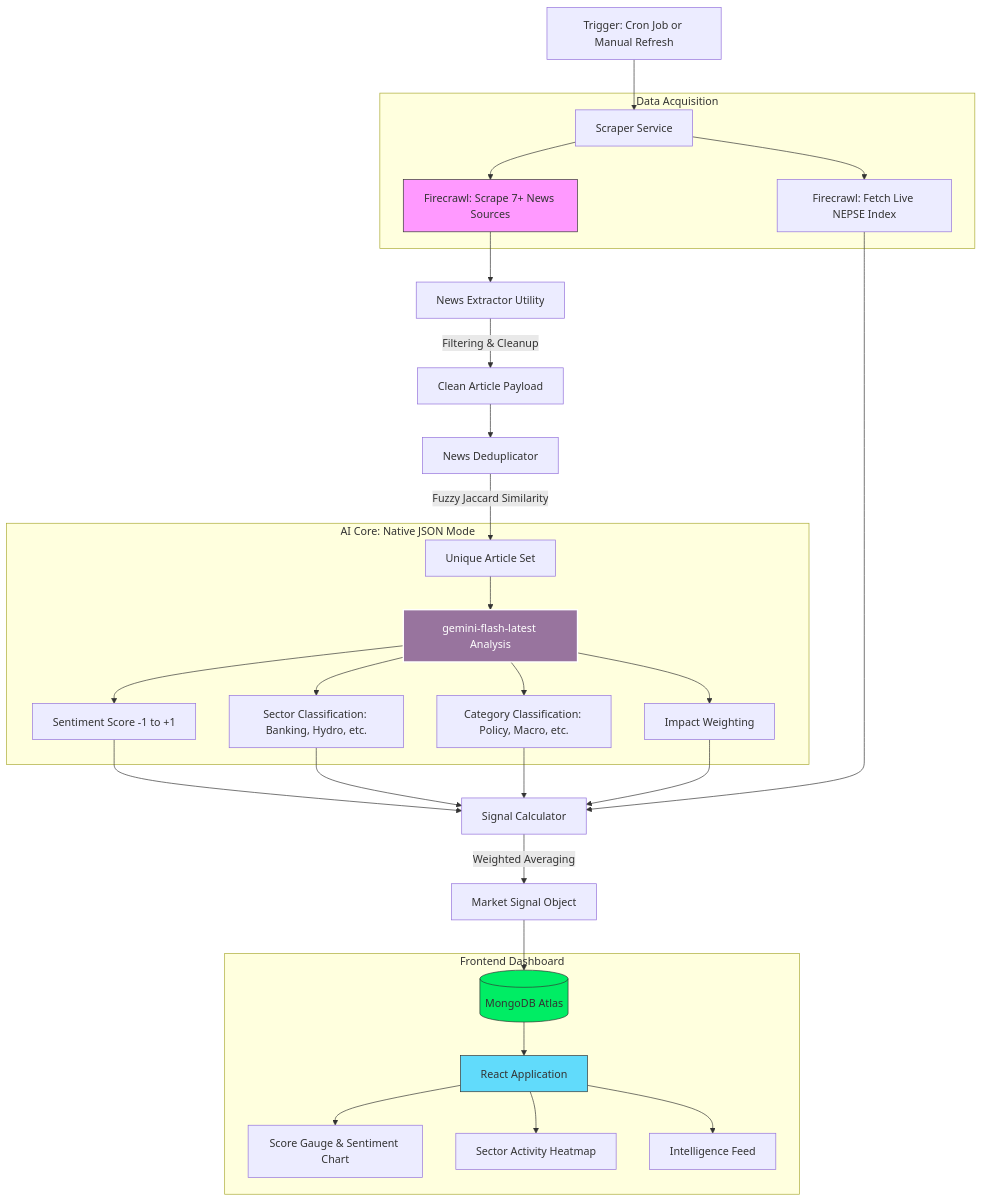
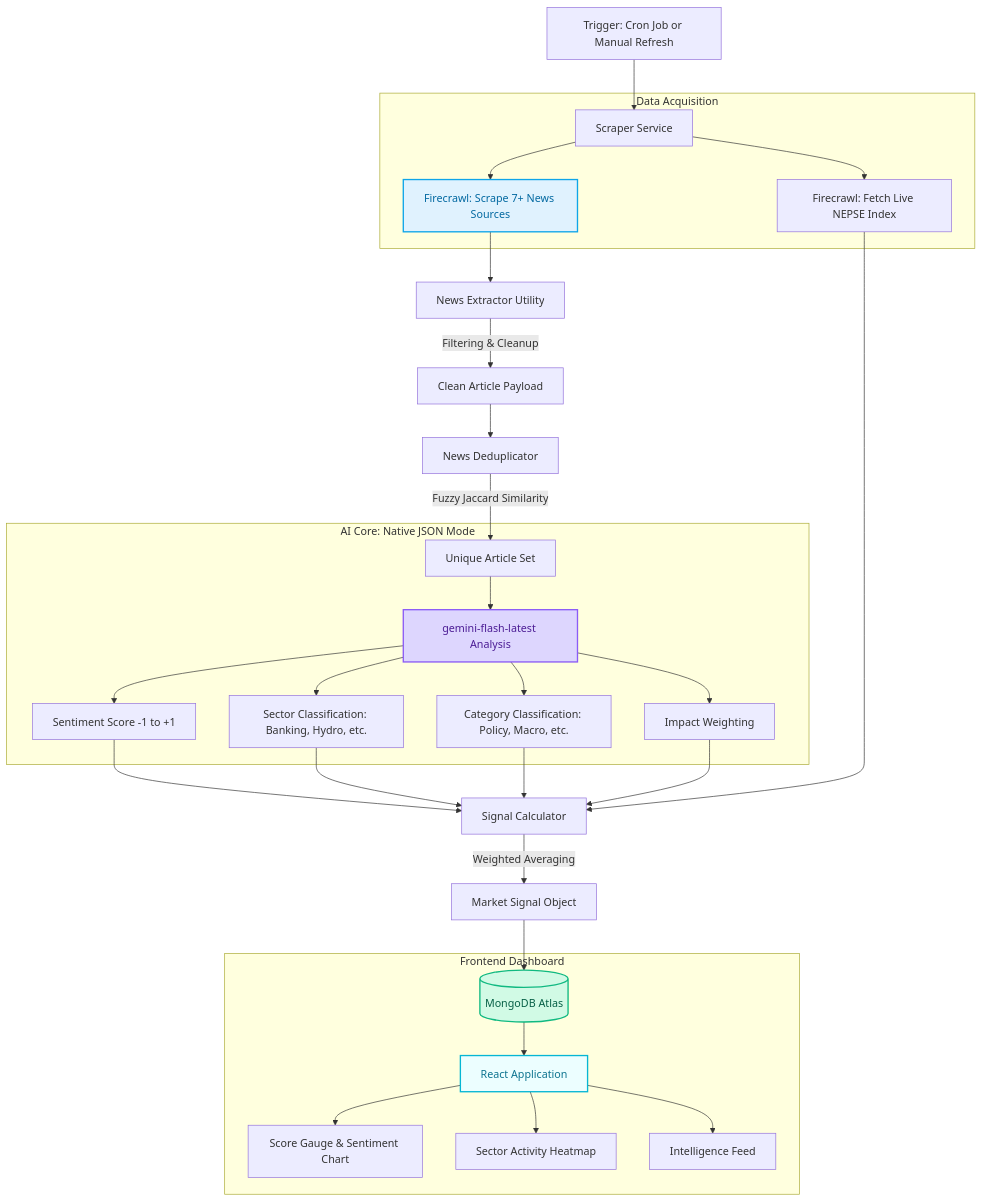
Before and after one commit to GosuCode/artha: the diagram in SYSTEM_ARCHITECTURE.md, drawn with Mermaid. The commit also changed 4 other files, not shown here.

Commit message:
feat: enhance project documentation with a detailed README, visual assets, and updated system architecture diagram styling.

````diff
--- a/SYSTEM_ARCHITECTURE.md
+++ b/SYSTEM_ARCHITECTURE.md
@@ -7,39 +7,39 @@
 ```mermaid
 graph TD
     A[Trigger: Cron Job or Manual Refresh] --> B[Scraper Service]
 
     subgraph "Data Acquisition"
         B --> B1[Firecrawl: Scrape 7+ News Sources]
         B --> B2[Firecrawl: Fetch Live NEPSE Index]
     end
 
     B1 --> C[News Extractor Utility]
     C -->|Filtering & Cleanup| D[Clean Article Payload]
     D --> E[News Deduplicator]
     E -->|Fuzzy Jaccard Similarity| F[Unique Article Set]
 
     subgraph "AI Core: Native JSON Mode"
         F --> G[gemini-flash-latest Analysis]
         G --> G1[Sentiment Score -1 to +1]
         G --> G2[Sector Classification: Banking, Hydro, etc.]
         G --> G3[Category Classification: Policy, Macro, etc.]
         G --> G4[Impact Weighting]
     end
 
     G1 & G2 & G3 & G4 & B2 --> H[Signal Calculator]
     H -->|Weighted Averaging| I[Market Signal Object]
 
     I --> J[(MongoDB Atlas)]
 
     subgraph "Frontend Dashboard"
         J --> K[React Application]
         K --> L[Score Gauge & Sentiment Chart]
         K --> M[Sector Activity Heatmap]
         K --> N[Intelligence Feed]
     end
 
-    style B1 fill:#f9f,stroke:#333,stroke-width:1px
-    style G fill:#98749e,stroke:#fff,stroke-width:2px,color:#fff
-    style J fill:#00ed64,stroke:#333
-    style K fill:#61dbfb,stroke:#333
+    style B1 fill:#e0f2fe,stroke:#0ea5e9,stroke-width:2px,color:#0369a1
+    style G fill:#ddd6fe,stroke:#8b5cf6,stroke-width:2px,color:#4c1d95
+    style J fill:#d1fae5,stroke:#10b981,stroke-width:2px,color:#065f46
+    style K fill:#ecfeff,stroke:#06b6d4,stroke-width:2px,color:#0e7490
 ```
````
